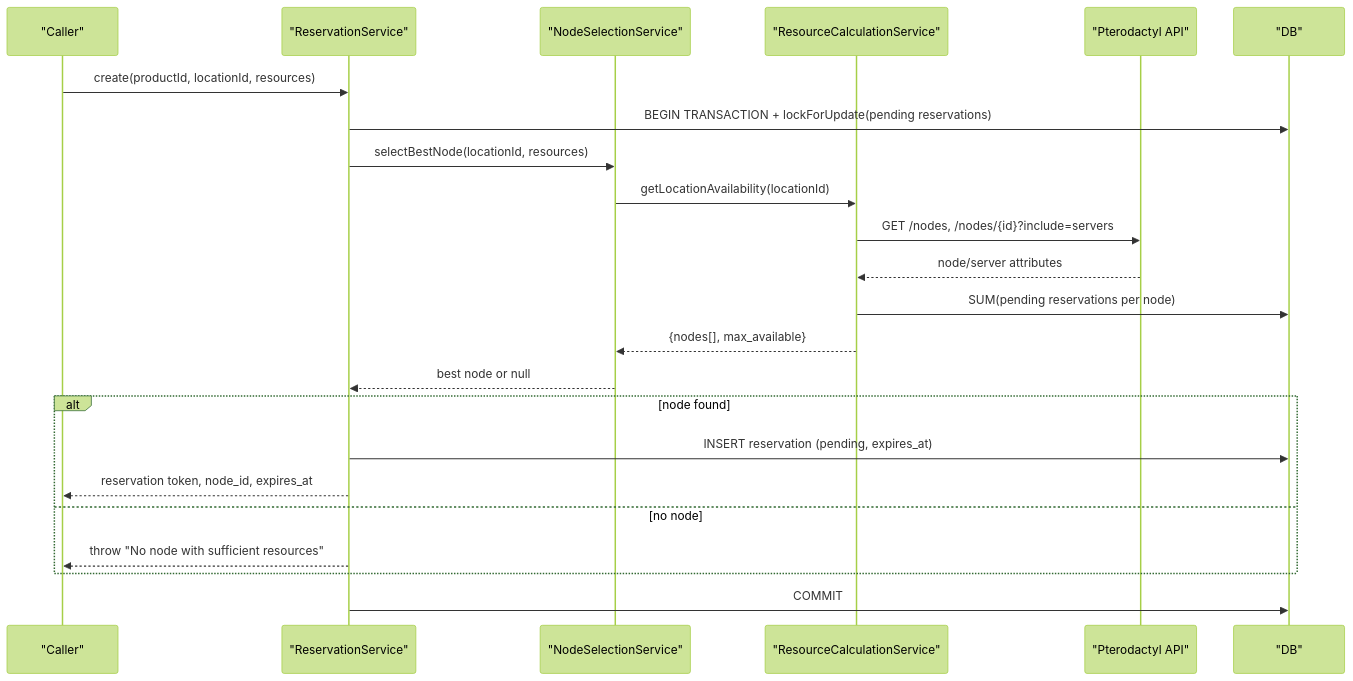
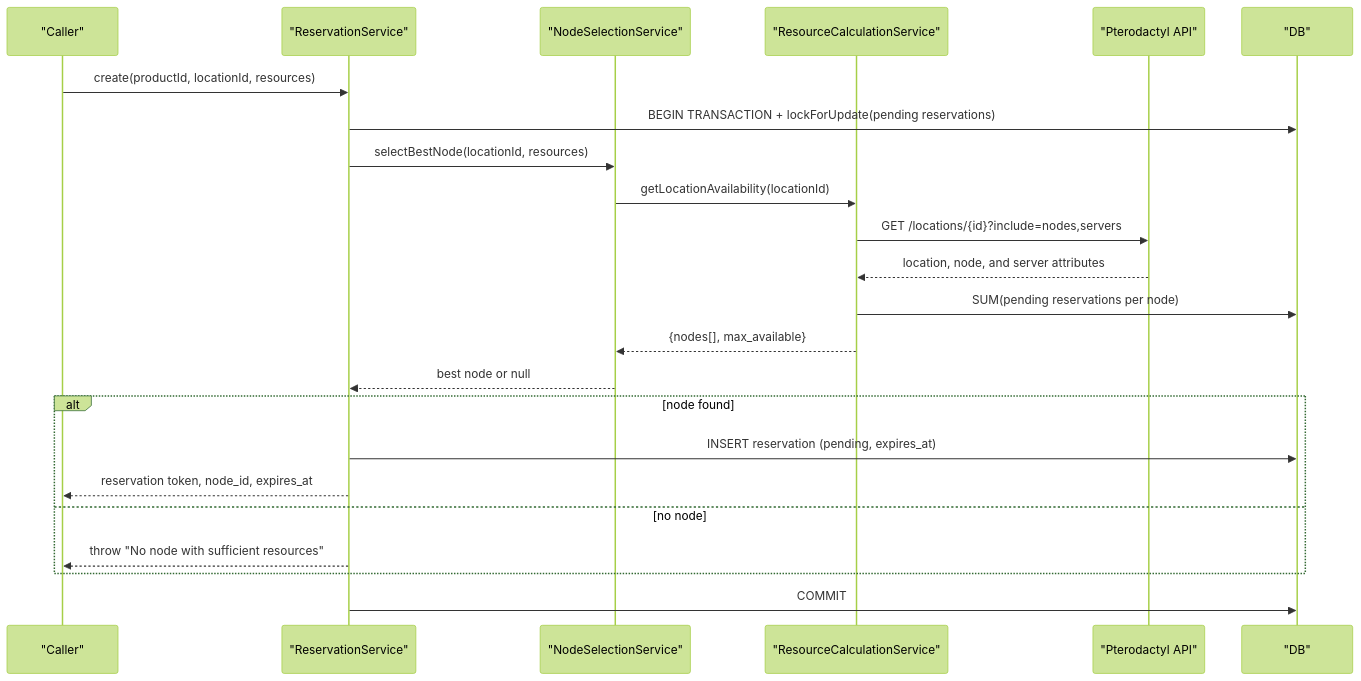
One commit to ObsidianNetwork/dynamic-pterodactyl changed the second of 7 diagrams in .qoder/repowiki/en/content/Architecture Overview/Service Layer Design/Node Selection Service.md. Above: the diagram before and after it, drawn with Mermaid (forest theme). The commit also changed other lines of this file and 23 other files, not shown here.

````diff
--- a/.qoder/repowiki/en/content/Architecture Overview/Service Layer Design/Node Selection Service.md
+++ b/.qoder/repowiki/en/content/Architecture Overview/Service Layer Design/Node Selection Service.md
@@ -81,25 +81,25 @@
 ```mermaid
 sequenceDiagram
 participant C as "Caller"
 participant R as "ReservationService"
 participant N as "NodeSelectionService"
 participant RC as "ResourceCalculationService"
 participant P as "Pterodactyl API"
 participant D as "DB"
 C->>R : create(productId, locationId, resources)
 R->>D : BEGIN TRANSACTION + lockForUpdate(pending reservations)
 R->>N : selectBestNode(locationId, resources)
 N->>RC : getLocationAvailability(locationId)
-RC->>P : GET /nodes, /nodes/{id}?include=servers
-P-->>RC : node/server attributes
+RC->>P : GET /locations/{id}?include=nodes,servers
+P-->>RC : location, node, and server attributes
 RC->>D : SUM(pending reservations per node)
 RC-->>N : {nodes[], max_available}
 N-->>R : best node or null
 alt node found
 R->>D : INSERT reservation (pending, expires_at)
 R-->>C : reservation token, node_id, expires_at
 else no node
 R-->>C : throw "No node with sufficient resources"
 end
 R->>D : COMMIT
 ```
````
